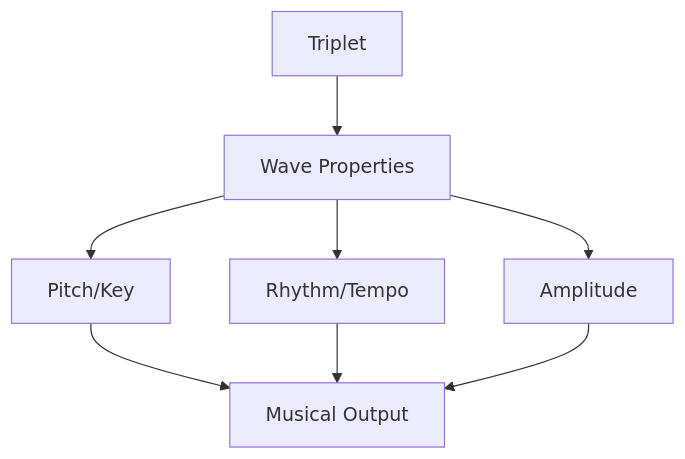
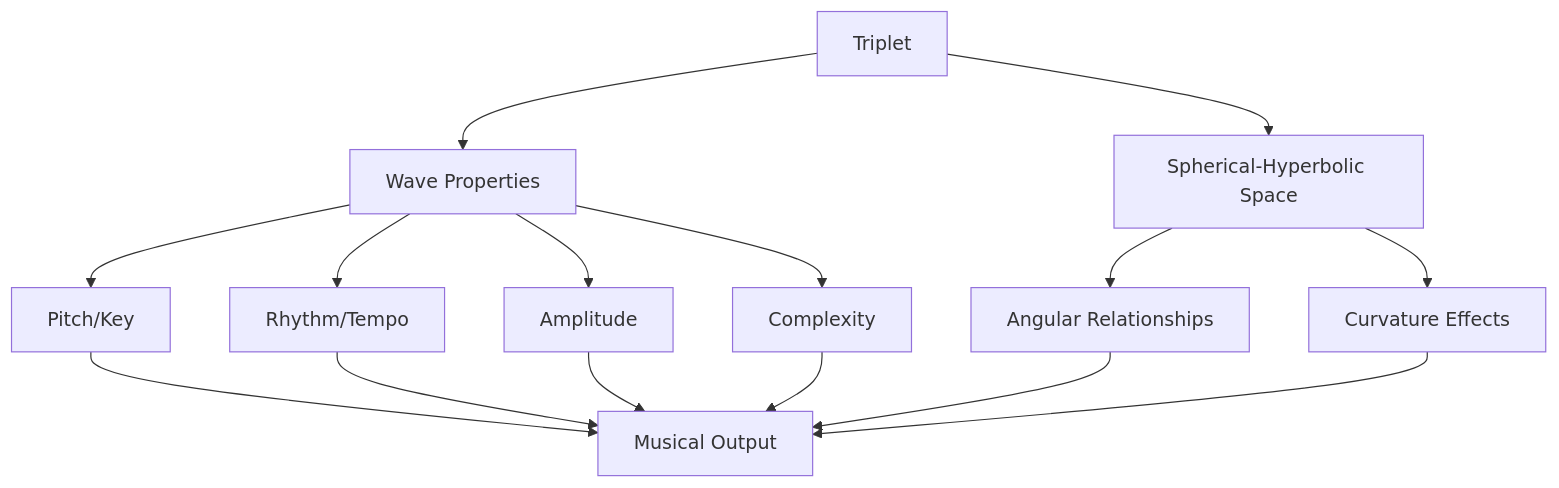
The first of 15 diagrams in docs/3. the machine system/memorativa-3-3-machine-music.md (heavyblotto/memorativa), drawn with Mermaid before and after one commit. The commit also changed other lines of this file and 71 other files, not shown here.

````diff
--- a/docs/3. the machine system/memorativa-3-3-machine-music.md
+++ b/docs/3. the machine system/memorativa-3-3-machine-music.md
@@ -47,11 +55,19 @@
 ```mermaid
 graph TD
     T[Triplet] --> W[Wave Properties]
     W --> P[Pitch/Key]
     W --> R[Rhythm/Tempo]
     W --> A[Amplitude]
+    W --> C[Complexity]
+    
+    T --> S[Spherical-Hyperbolic Space]
+    S --> ANG[Angular Relationships]
+    S --> CUR[Curvature Effects]
     
     P --> M[Musical Output]
     R --> M
     A --> M
+    C --> M
+    ANG --> M
+    CUR --> M
 ```
````
